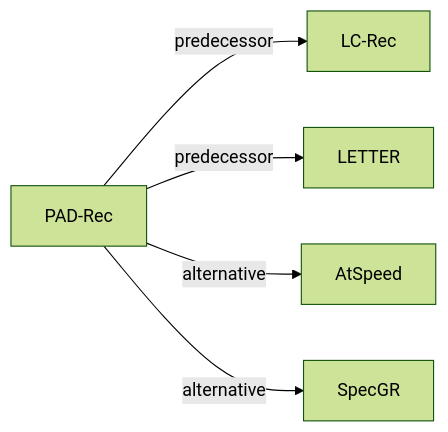
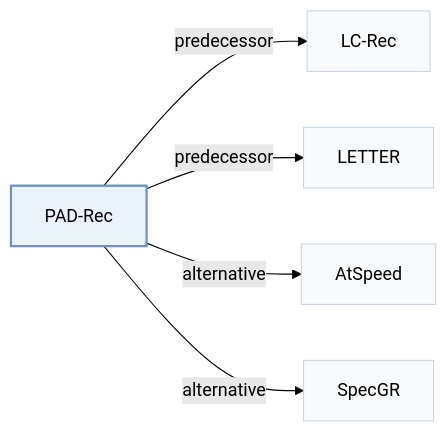
One commit to Galaxy-ghost/Awesome-SID-Generative-Rec changed the second of 2 diagrams in pages/papers/pad-rec.md. Above: the diagram before and after it, drawn with Mermaid (forest theme). The commit also changed other lines of this file and 649 other files, not shown here.

Commit message:
writer-05: also tags and modality index (schema, check, build, visuals); summary field removed; calibration data for 12 papers

````diff
--- a/pages/papers/pad-rec.md
+++ b/pages/papers/pad-rec.md
@@ -68,8 +74,12 @@
 ```mermaid
 flowchart LR
     P["PAD-Rec"]
-    P -->|predecessor| A["LC-Rec"]
-    P -->|predecessor| B["LETTER"]
-    P -->|alternative| C["AtSpeed"]
-    P -->|alternative| D["SpecGR"]
+    P -->|"predecessor"| A["LC-Rec"]
+    P -->|"predecessor"| B["LETTER"]
+    P -->|"alternative"| C["AtSpeed"]
+    P -->|"alternative"| D["SpecGR"]
+    classDef main fill:#eaf2fb,stroke:#6b8fc7,stroke-width:2px
+    classDef peer fill:#f8fafc,stroke:#cbd5e1
+    class P main
+    class A,B,C,D peer
 ```
````
